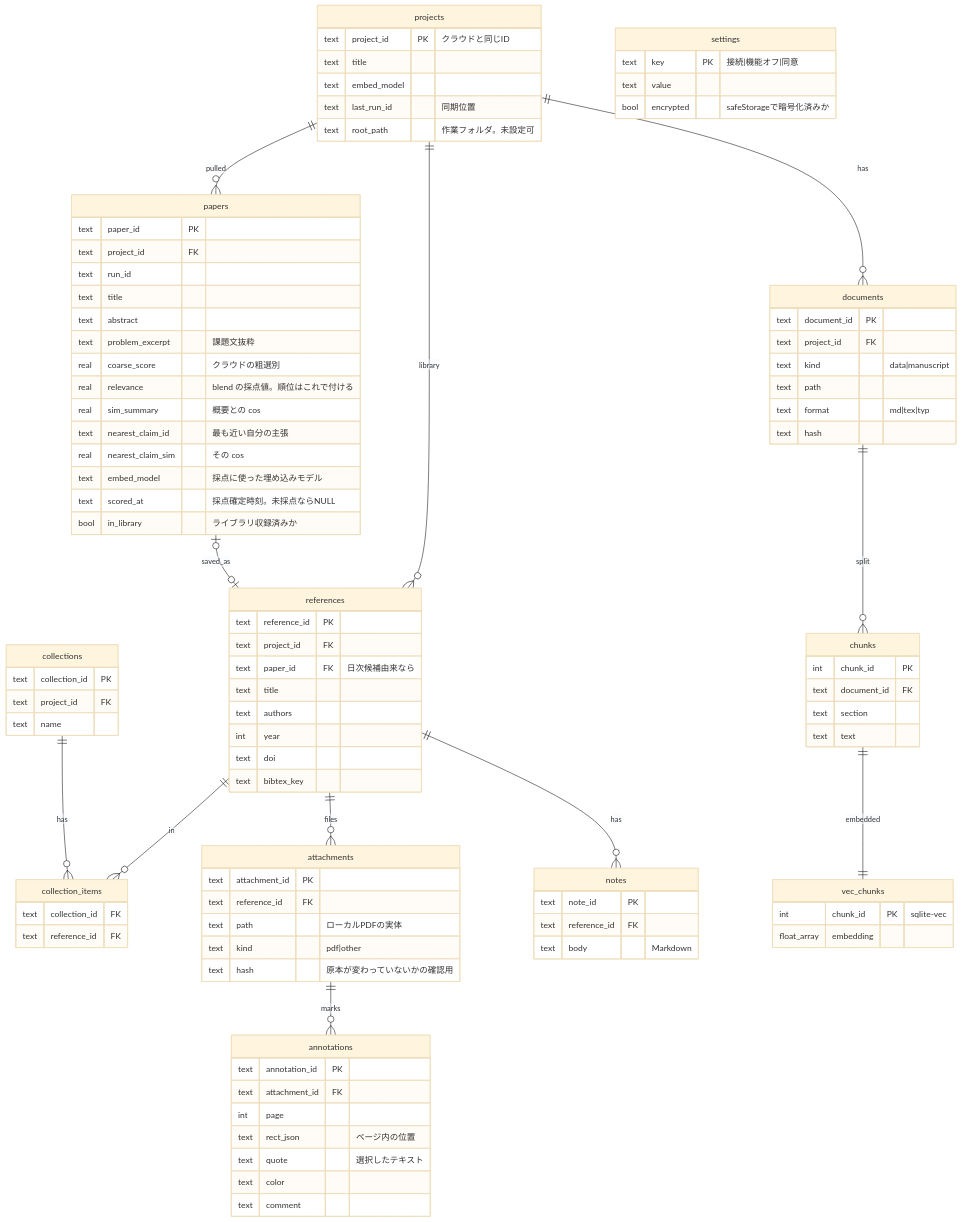
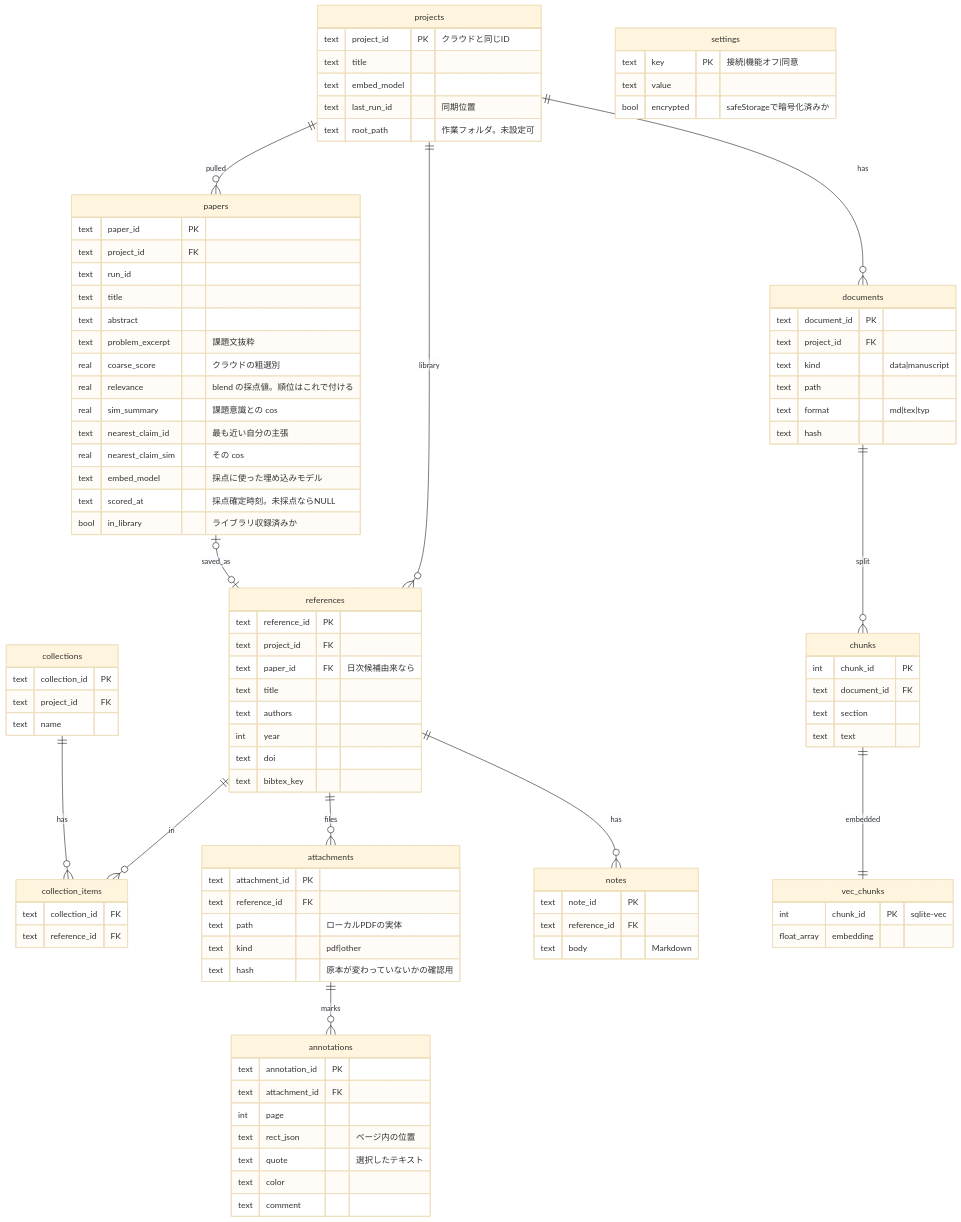
One commit to uzak0209/AI-Research changed the second of 2 diagrams in docs/er-diagram.md. Above: the diagram before and after it, drawn with Mermaid (base theme). The commit also changed other lines of this file and 29 other files, not shown here.

```diff
--- a/docs/er-diagram.md
+++ b/docs/er-diagram.md
@@ -103,7 +103,7 @@
         text problem_excerpt "課題文抜粋"
         real coarse_score "クラウドの粗選別"
         real relevance "blend の採点値。順位はこれで付ける"
-        real sim_summary "概要との cos"
+        real sim_summary "課題意識との cos"
         text nearest_claim_id "最も近い自分の主張"
         real nearest_claim_sim "その cos"
         text embed_model "採点に使った埋め込みモデル"
```
